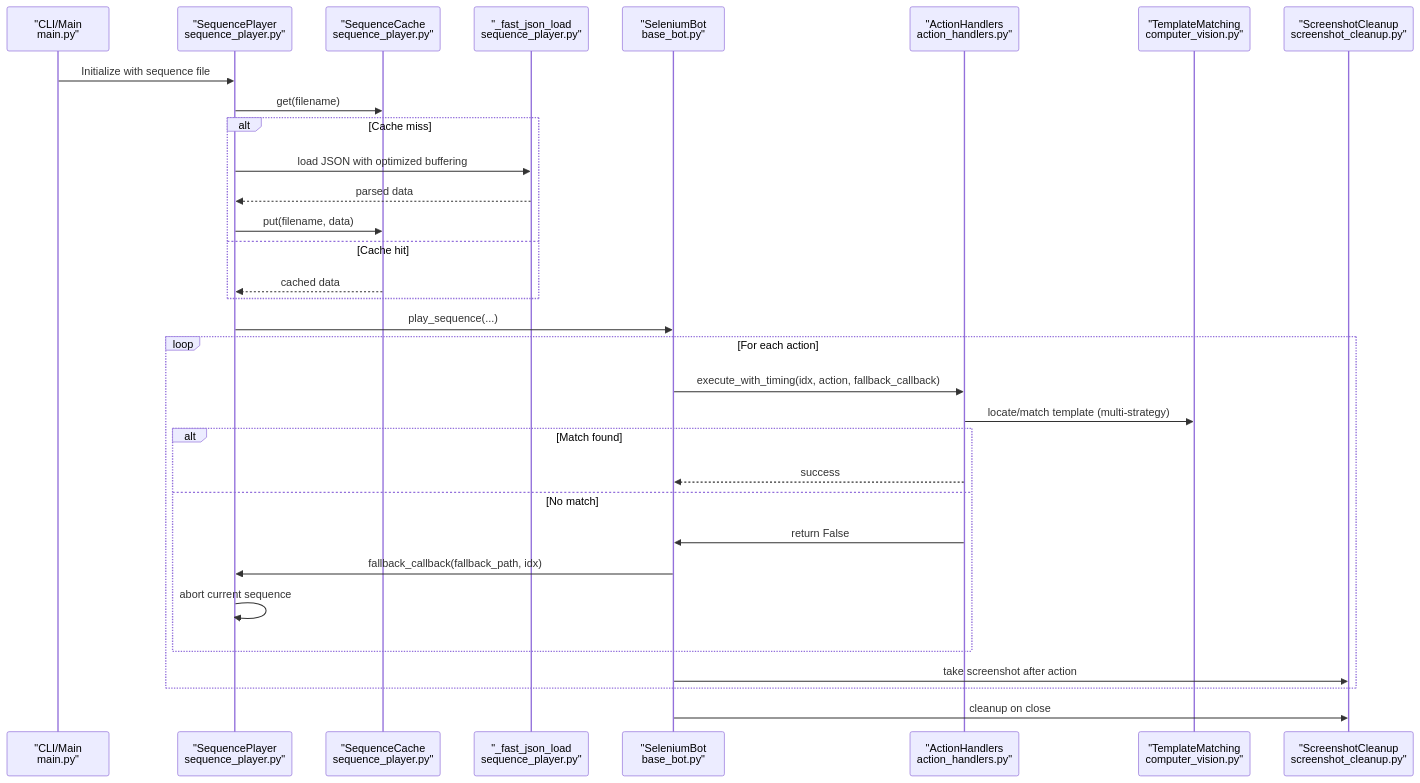
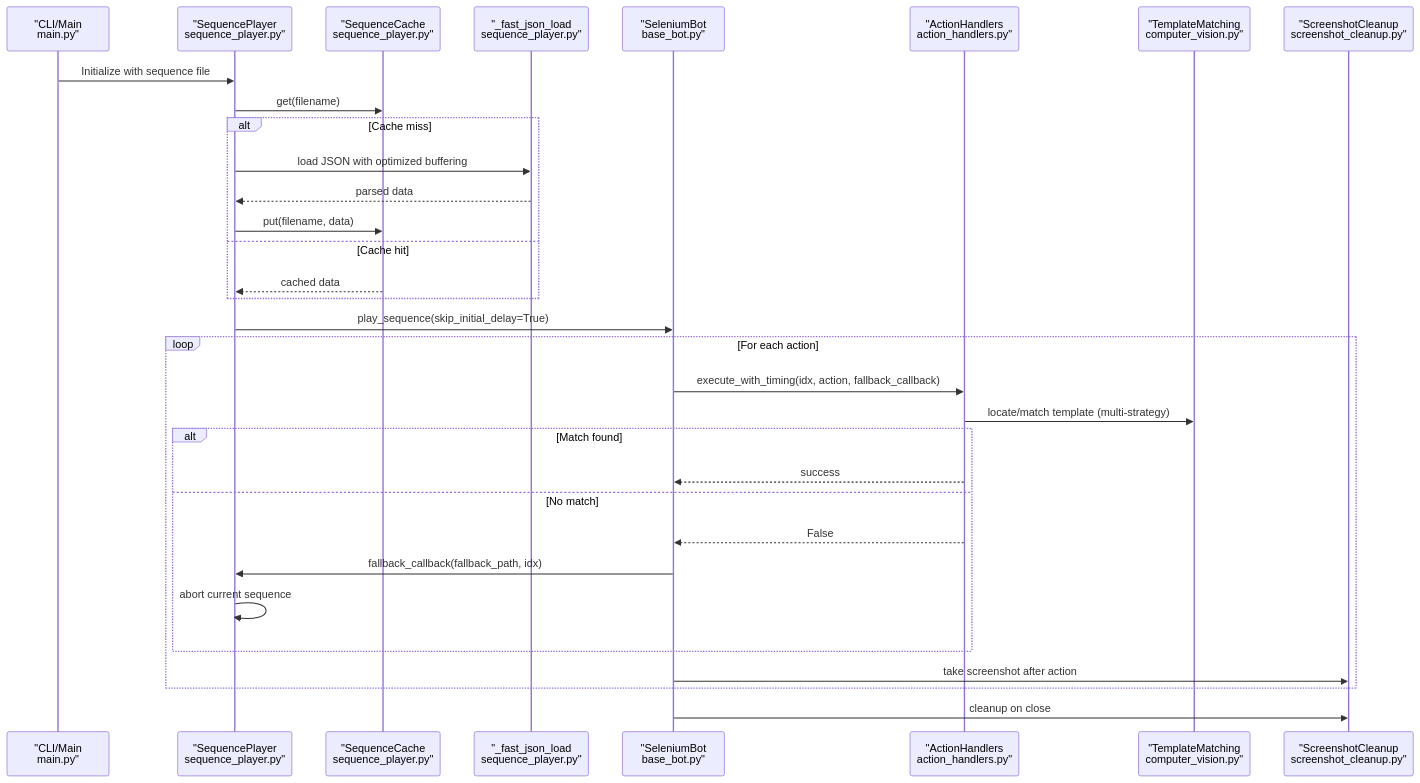
Before and after one commit to RodrigoBenitez343/Arrow: the second of 6 diagrams in .qoder/repowiki/en/content/Playback Engine/Sequence Player.md, drawn with Mermaid. The commit also changed other lines of this file and 53 other files, not shown here.

````diff
--- a/.qoder/repowiki/en/content/Playback Engine/Sequence Player.md
+++ b/.qoder/repowiki/en/content/Playback Engine/Sequence Player.md
@@ -101,34 +125,34 @@
 ```mermaid
 sequenceDiagram
 participant CLI as "CLI/Main<br/>main.py"
 participant SP as "SequencePlayer<br/>sequence_player.py"
 participant SCache as "SequenceCache<br/>sequence_player.py"
 participant FJ as "_fast_json_load<br/>sequence_player.py"
 participant SB as "SeleniumBot<br/>base_bot.py"
 participant AH as "ActionHandlers<br/>action_handlers.py"
 participant CV as "TemplateMatching<br/>computer_vision.py"
 participant SC as "ScreenshotCleanup<br/>screenshot_cleanup.py"
 CLI->>SP : Initialize with sequence file
 SP->>SCache : get(filename)
 alt Cache miss
 SP->>FJ : load JSON with optimized buffering
 FJ-->>SP : parsed data
 SP->>SCache : put(filename, data)
 else Cache hit
 SCache-->>SP : cached data
 end
-SP->>SB : play_sequence(...)
+SP->>SB : play_sequence(skip_initial_delay=True)
 loop For each action
 SB->>AH : execute_with_timing(idx, action, fallback_callback)
 AH->>CV : locate/match template (multi-strategy)
 alt Match found
 AH-->>SB : success
 else No match
-AH->>SB : return False
+AH-->>SB : False
 SB->>SP : fallback_callback(fallback_path, idx)
 SP->>SP : abort current sequence
 end
 SB->>SC : take screenshot after action
 end
 SB->>SC : cleanup on close
 ```
````
